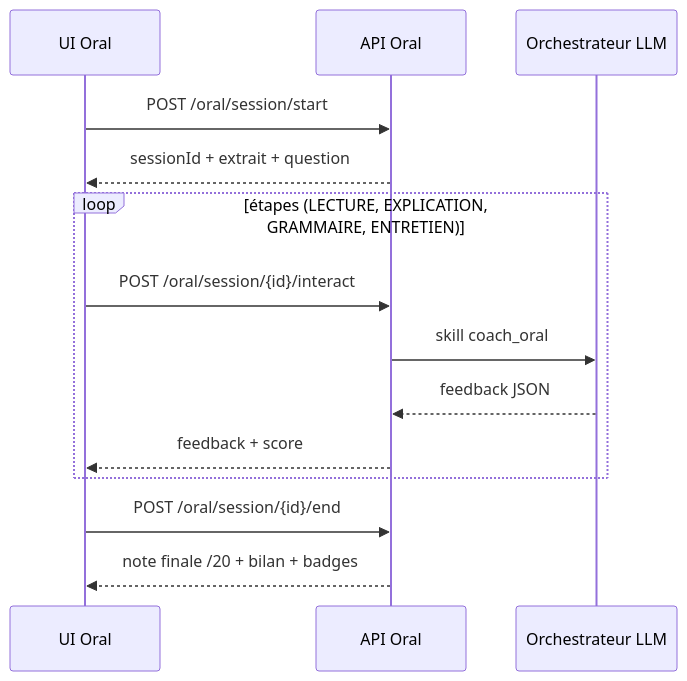
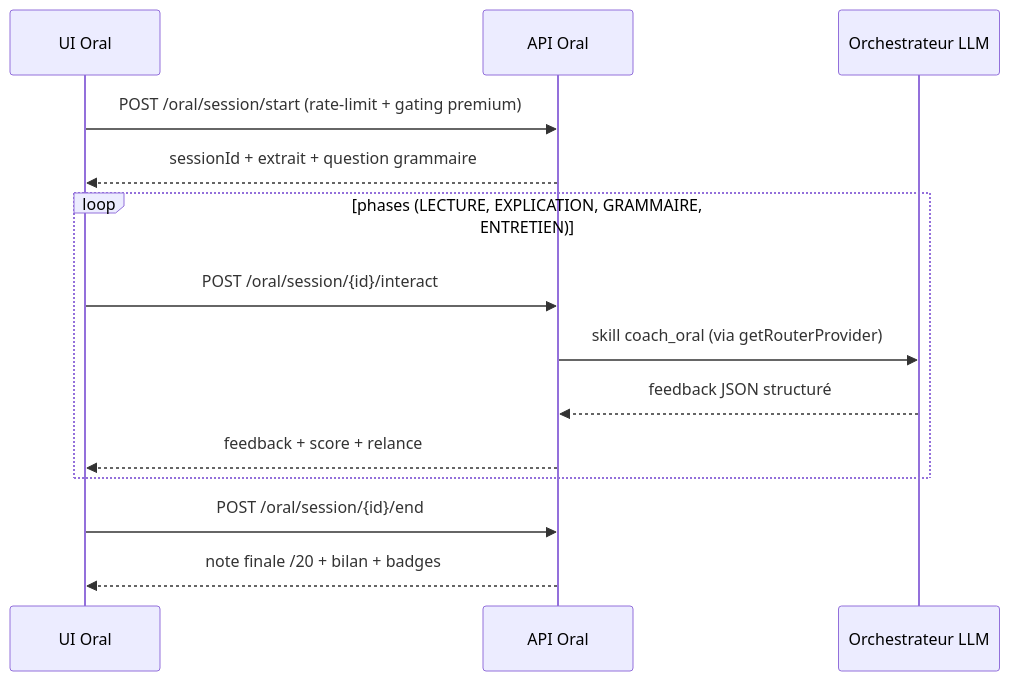
Before and after one commit to cyranoaladin/Plateforme_francais: the third of 3 diagrams in docs/DOCUMENTATION_COMPLETE_PROJET.md, drawn with Mermaid. The commit also changed other lines of this file and 10 other files, not shown here.

````diff
--- a/docs/DOCUMENTATION_COMPLETE_PROJET.md
+++ b/docs/DOCUMENTATION_COMPLETE_PROJET.md
@@ -312,16 +408,16 @@
 ```mermaid
 sequenceDiagram
   participant UI as UI Oral
   participant API as API Oral
   participant L as Orchestrateur LLM
-  UI->>API: POST /oral/session/start
-  API-->>UI: sessionId + extrait + question
-  loop étapes (LECTURE, EXPLICATION, GRAMMAIRE, ENTRETIEN)
+  UI->>API: POST /oral/session/start (rate-limit + gating premium)
+  API-->>UI: sessionId + extrait + question grammaire
+  loop phases (LECTURE, EXPLICATION, GRAMMAIRE, ENTRETIEN)
     UI->>API: POST /oral/session/{id}/interact
-    API->>L: skill coach_oral
-    L-->>API: feedback JSON
-    API-->>UI: feedback + score
+    API->>L: skill coach_oral (via getRouterProvider)
+    L-->>API: feedback JSON structuré
+    API-->>UI: feedback + score + relance
   end
   UI->>API: POST /oral/session/{id}/end
   API-->>UI: note finale /20 + bilan + badges
 ```
````
